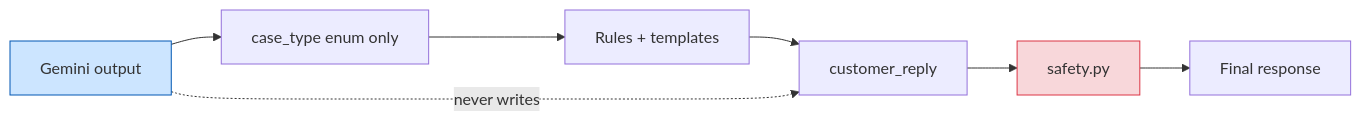
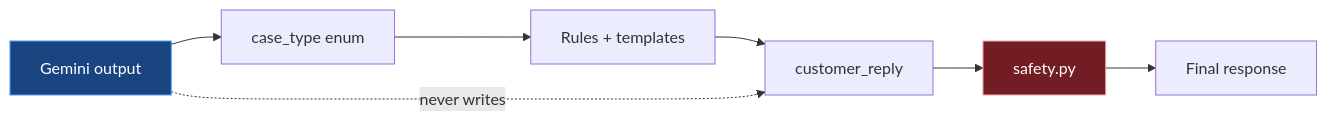
The third of 4 diagrams in docs/ARCHITECTURE.md (Ibtida01/SUST_Preli), drawn with Mermaid before and after one commit. The commit also changed other lines of this file and 14 other files, not shown here.

Commit message:
architecture file fixed

````diff
--- a/docs/ARCHITECTURE.md
+++ b/docs/ARCHITECTURE.md
@@ -86,13 +74,13 @@
 ```mermaid
 flowchart LR
-    LLM["Gemini output"] --> ENUM["case_type enum only"]
+    LLM["Gemini output"] --> ENUM["case_type enum"]
     ENUM --> RULES["Rules + templates"]
     RULES --> TEXT["customer_reply"]
     TEXT --> SAFE["safety.py"]
     SAFE --> OUT["Final response"]
 
     LLM -.->|never writes| TEXT
 
-    style LLM fill:#cce5ff,stroke:#0056b3
-    style SAFE fill:#f8d7da,stroke:#dc3545
+    style LLM fill:#1a4480,stroke:#4a9eff,color:#ffffff
+    style SAFE fill:#721c24,stroke:#f5a5b0,color:#ffffff
 ```
````
